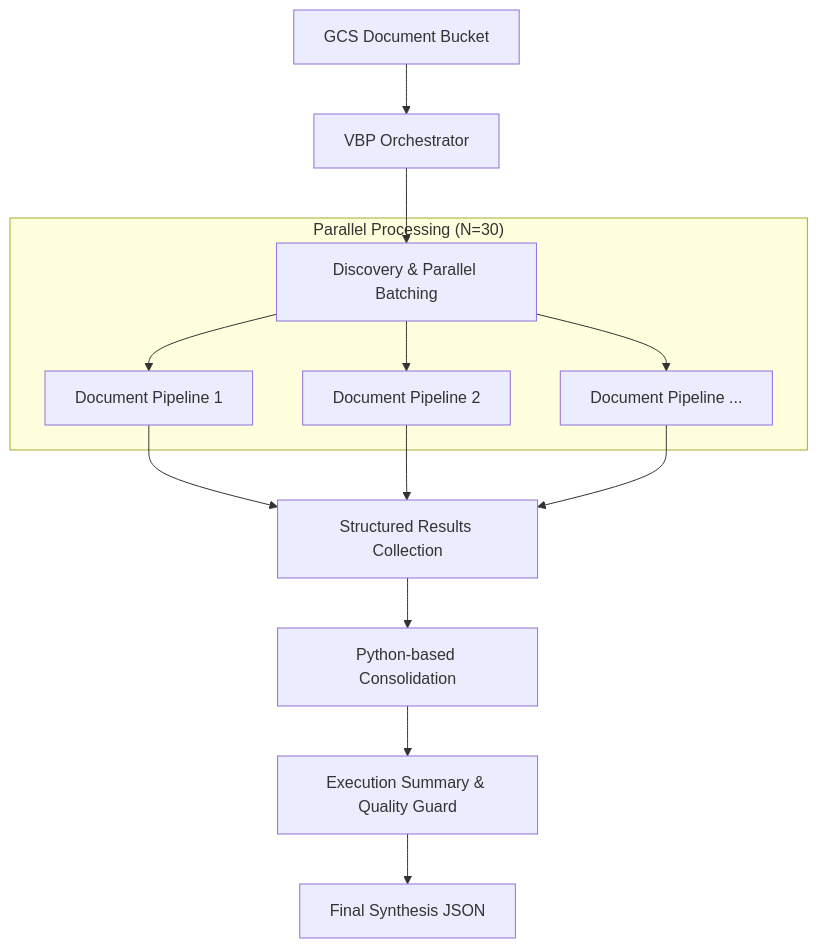
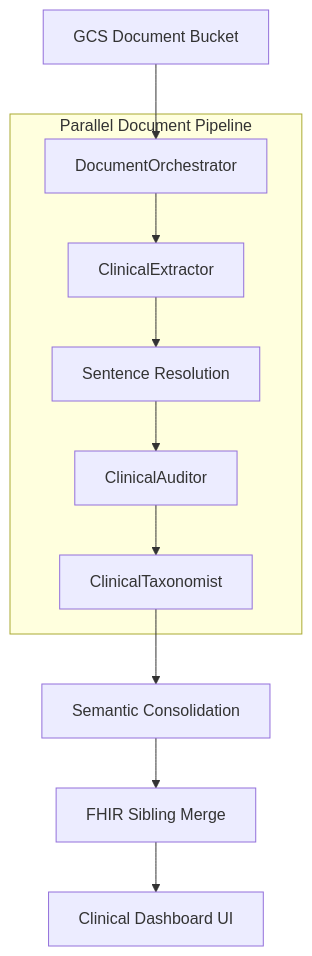
One commit to DrBryne/VBP changed the diagram in docs/DESIGN_SPEC.md. Above: the diagram before and after it, drawn with Mermaid. The commit also changed other lines of this file and 15 other files, not shown here.

First line of the commit message:
docs: sync DESIGN_SPEC with quad-agent architecture and dashboard UI

````diff
--- a/docs/DESIGN_SPEC.md
+++ b/docs/DESIGN_SPEC.md
@@ -30,14 +17,13 @@
 ```mermaid
 graph TD
-    A[GCS Document Bucket] --> B[VBP Orchestrator]
-    B --> C[Discovery & Parallel Batching]
-    subgraph "Parallel Processing (N=30)"
-        C --> D[Document Pipeline 1]
-        C --> E[Document Pipeline 2]
-        C --> F[Document Pipeline ...]
+    A[GCS Document Bucket] --> B[DocumentOrchestrator]
+    subgraph Parallel Document Pipeline
+        B --> C[ClinicalExtractor]
+        C --> D[Sentence Resolution]
+        D --> E[ClinicalAuditor]
+        E --> F[ClinicalTaxonomist]
     end
-    D & E & F --> G[Structured Results Collection]
-    G --> H[Python-based Consolidation]
-    H --> I[Execution Summary & Quality Guard]
-    I --> J[Final Synthesis JSON]
+    F --> G[Semantic Consolidation]
+    G --> H[FHIR Sibling Merge]
+    H --> I[Clinical Dashboard UI]
 ```
````
